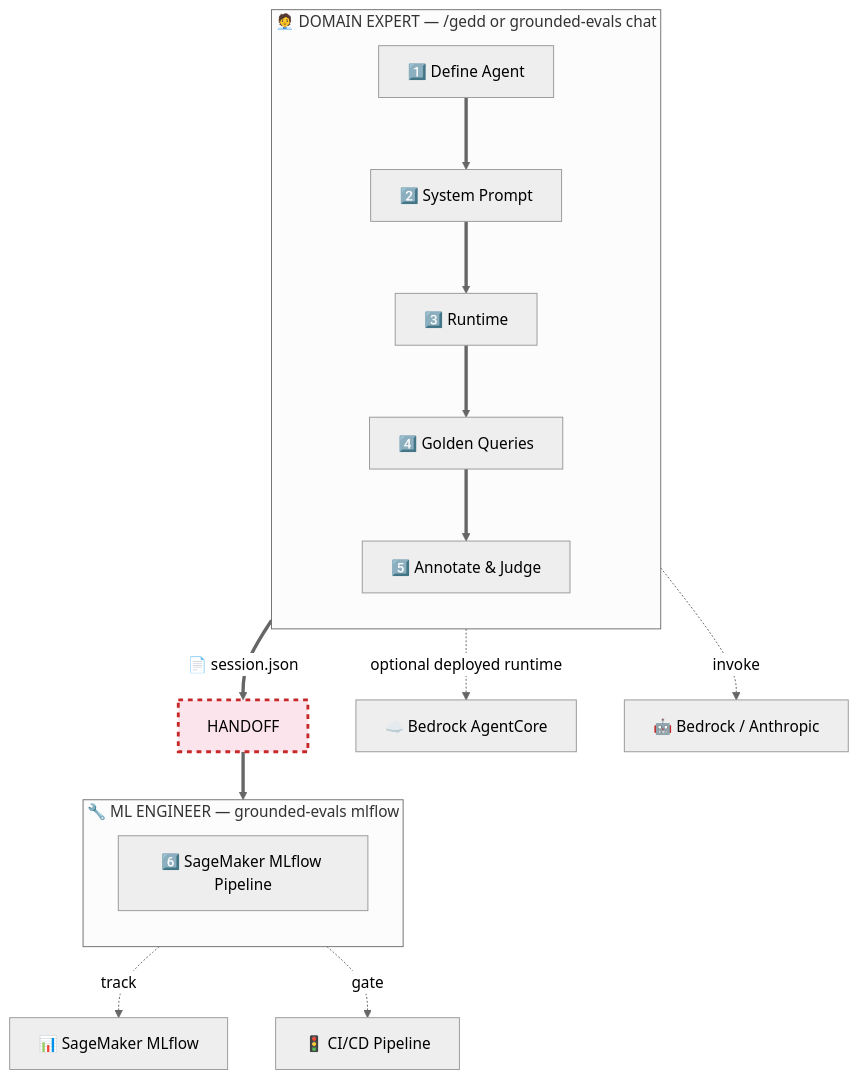
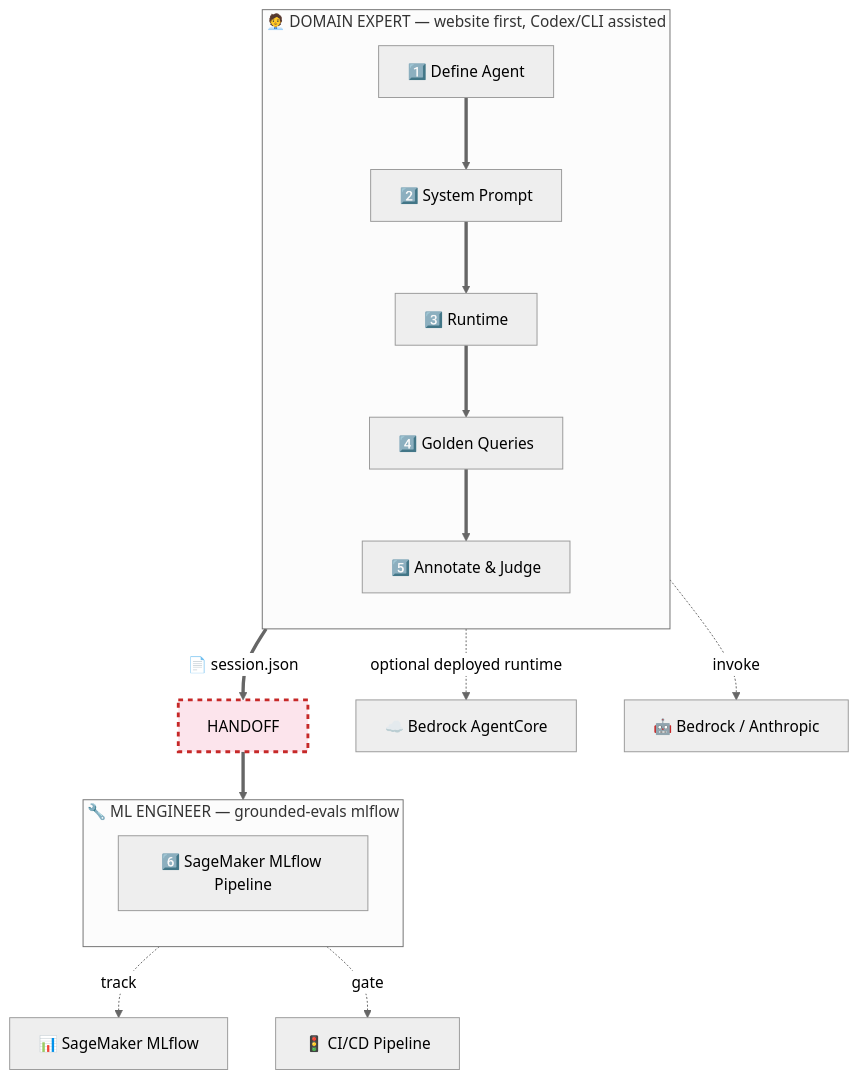
The first of 3 diagrams in README.md (aws-samples/sample-GEDD), drawn with Mermaid (neutral theme) before and after one commit. The commit also changed other lines of this file and 6 other files, not shown here.

Commit message:
Add Codex GEDD skill and plugin

````diff
--- a/README.md
+++ b/README.md
@@ -39,28 +39,28 @@
 ```mermaid
 flowchart TD
-    subgraph DE["🧑‍💼 DOMAIN EXPERT — /gedd or grounded-evals chat"]
+    subgraph DE["🧑‍💼 DOMAIN EXPERT — website first, Codex/CLI assisted"]
         direction TB
         S1["1️⃣ Define Agent"]
         S2["2️⃣ System Prompt"]
         S3["3️⃣ Runtime"]
         S4["4️⃣ Golden Queries"]
         S5["5️⃣ Annotate & Judge"]
         S1 ==> S2 ==> S3 ==> S4 ==> S5
     end
 
     S5 ==>|"📄 session.json"| HANDOFF:::handoff
 
     HANDOFF ==> S6
 
     subgraph ML["🔧 ML ENGINEER — grounded-evals mlflow"]
         direction TB
         S6["6️⃣ SageMaker MLflow Pipeline"]
     end
 
     S3 -.->|"optional deployed runtime"| AC["☁️ Bedrock AgentCore"]
     S4 -.->|"invoke"| BR["🤖 Bedrock / Anthropic"]
     S6 -.->|"track"| SM["📊 SageMaker MLflow"]
     S6 -.->|"gate"| CI["🚦 CI/CD Pipeline"]
 
     classDef handoff fill:#fce4ec,stroke:#c62828,stroke-width:3px,stroke-dasharray: 5 5
 ```
````
